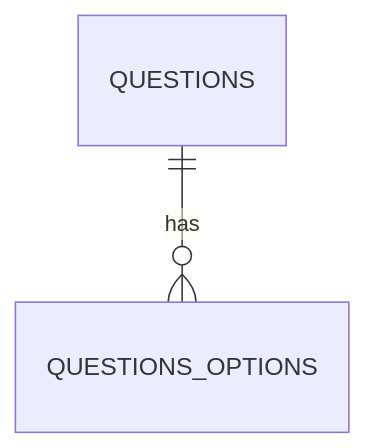
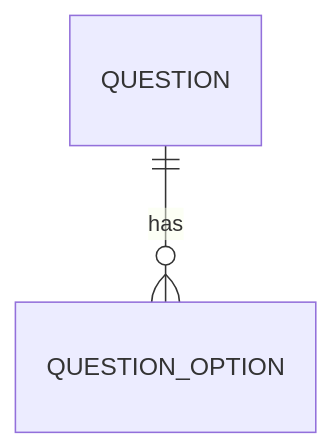
The third of 8 diagrams in README.md (mrxsierra/ems-db), drawn with Mermaid before and after one commit. The commit also changed other lines of this file and 11 other files, not shown here.

````diff
--- a/README.md
+++ b/README.md
@@ -30,4 +37,4 @@
 ```mermaid
 erDiagram
-    QUESTIONS ||--o{ QUESTIONS_OPTIONS : "has"
+    QUESTION ||--o{ QUESTION_OPTION : "has"
 ```
````
